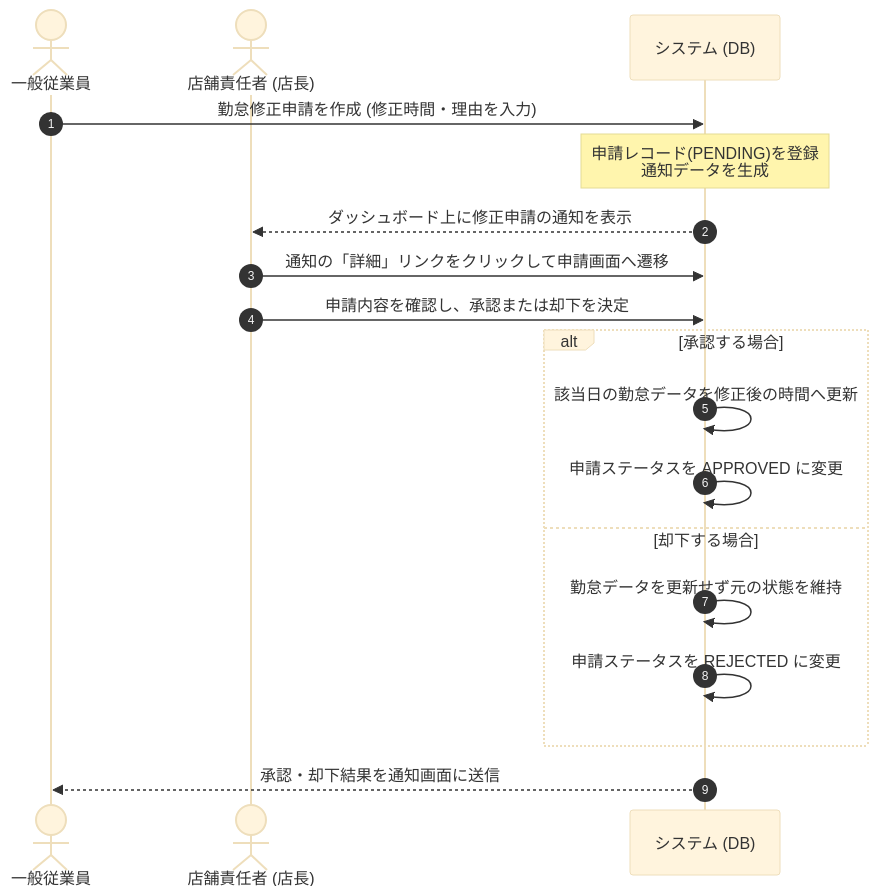
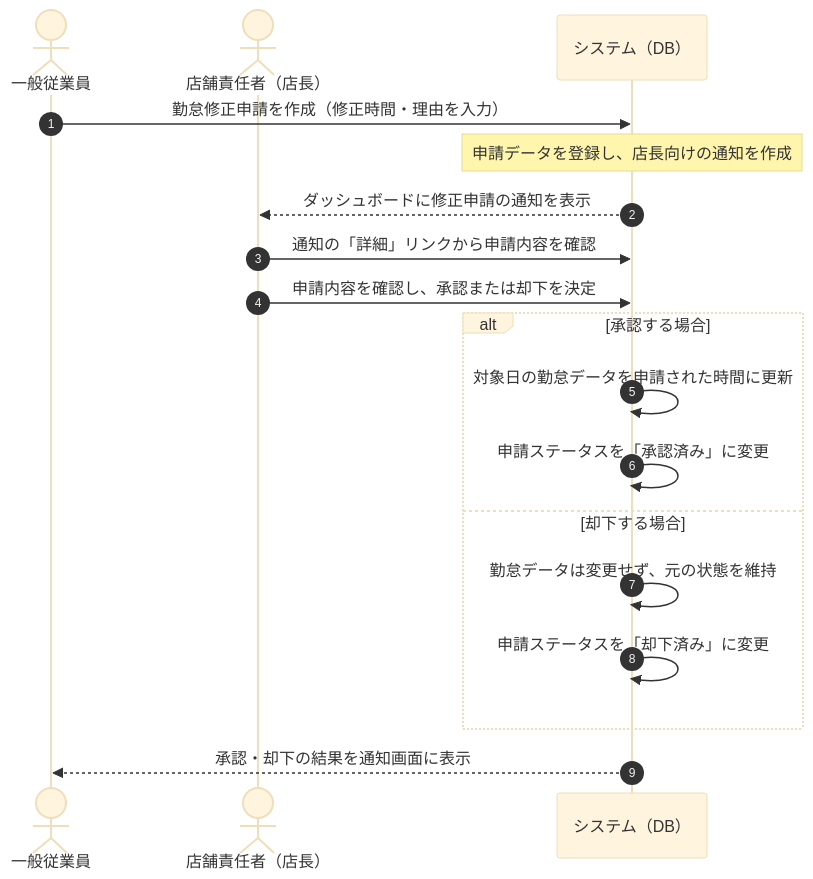
The diagram in docs/requirements.md (eritakara/employee-shift-management), drawn with Mermaid (base theme) before and after one commit. The commit also changed other lines of this file, not shown here.

````diff
--- a/docs/requirements.md
+++ b/docs/requirements.md
@@ -88,23 +113,23 @@
 ```mermaid
 sequenceDiagram
     autonumber
     actor EMP as 一般従業員
-    actor MGR as 店舗責任者 (店長)
-    participant SYS as システム (DB)
+    actor MGR as 店舗責任者（店長）
+    participant SYS as システム（DB）
 
-    EMP->>SYS: 勤怠修正申請を作成 (修正時間・理由を入力)
-    Note over SYS: 申請レコード(PENDING)を登録<br/>通知データを生成
-    SYS-->>MGR: ダッシュボード上に修正申請の通知を表示
-    MGR->>SYS: 通知の「詳細」リンクをクリックして申請画面へ遷移
+    EMP->>SYS: 勤怠修正申請を作成（修正時間・理由を入力）
+    Note over SYS: 申請データを登録し、店長向けの通知を作成
+    SYS-->>MGR: ダッシュボードに修正申請の通知を表示
+    MGR->>SYS: 通知の「詳細」リンクから申請内容を確認
     MGR->>SYS: 申請内容を確認し、承認または却下を決定
-    
+
     alt 承認する場合
-        SYS->>SYS: 該当日の勤怠データを修正後の時間へ更新
-        SYS->>SYS: 申請ステータスを APPROVED に変更
+        SYS->>SYS: 対象日の勤怠データを申請された時間に更新
+        SYS->>SYS: 申請ステータスを「承認済み」に変更
     else 却下する場合
-        SYS->>SYS: 勤怠データを更新せず元の状態を維持
-        SYS->>SYS: 申請ステータスを REJECTED に変更
+        SYS->>SYS: 勤怠データは変更せず、元の状態を維持
+        SYS->>SYS: 申請ステータスを「却下済み」に変更
     end
-    
-    SYS-->>EMP: 承認・却下結果を通知画面に送信
+
+    SYS-->>EMP: 承認・却下の結果を通知画面に表示
 ```
````
